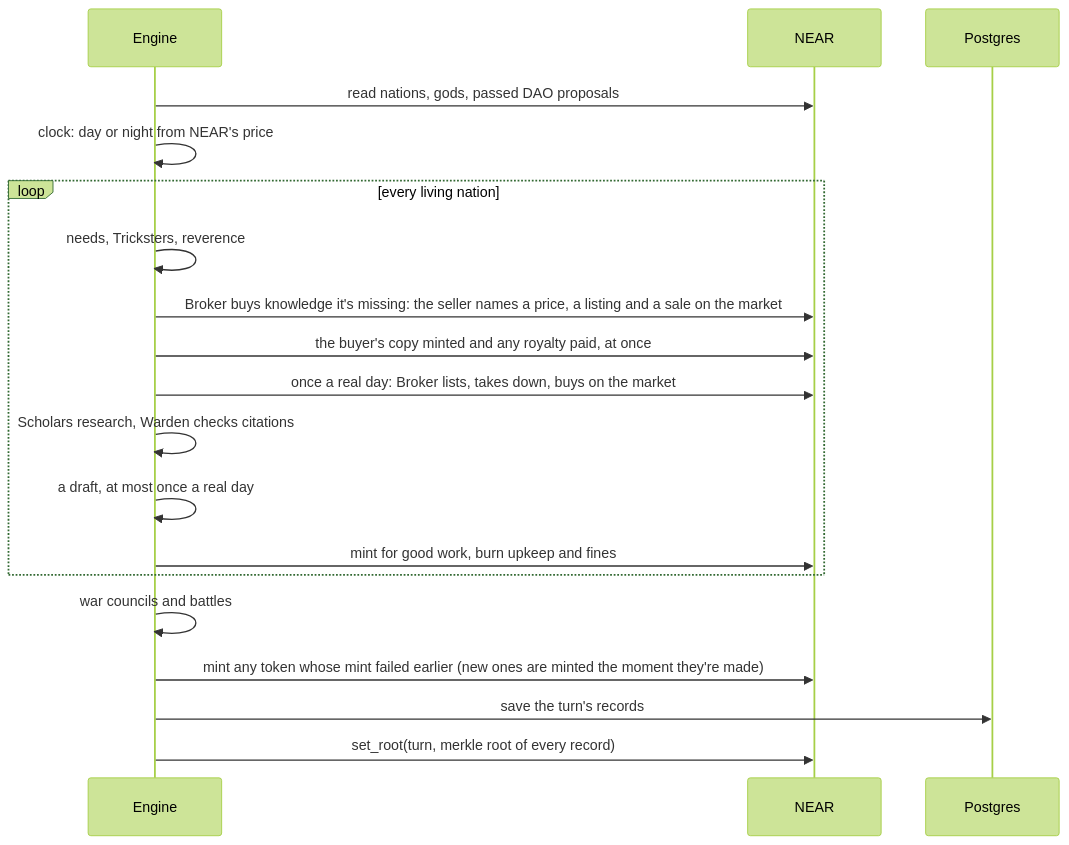
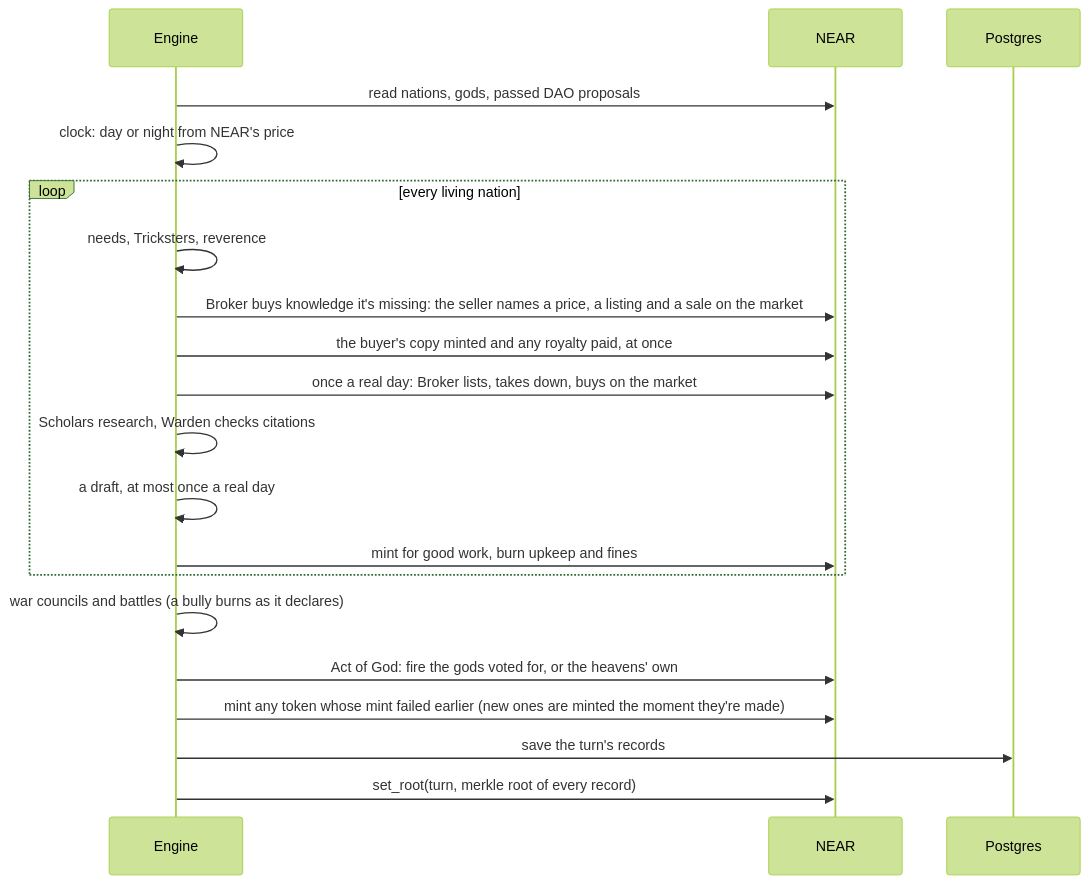
One commit to cnpierrepapi/adfontes changed the third of 3 diagrams in README.md. Above: the diagram before and after it, drawn with Mermaid (forest theme). The commit also changed other lines of this file and 3 other files, not shown here.

````diff
--- a/README.md
+++ b/README.md
@@ -207,21 +209,22 @@
 ```mermaid
 sequenceDiagram
   participant E as Engine
   participant N as NEAR
   participant DB as Postgres
   E->>N: read nations, gods, passed DAO proposals
   E->>E: clock: day or night from NEAR's price
   loop every living nation
     E->>E: needs, Tricksters, reverence
     E->>N: Broker buys knowledge it's missing: the seller names a price, a listing and a sale on the market
     E->>N: the buyer's copy minted and any royalty paid, at once
     E->>N: once a real day: Broker lists, takes down, buys on the market
     E->>E: Scholars research, Warden checks citations
     E->>E: a draft, at most once a real day
     E->>N: mint for good work, burn upkeep and fines
   end
-  E->>E: war councils and battles
+  E->>E: war councils and battles (a bully burns as it declares)
+  E->>N: Act of God: fire the gods voted for, or the heavens' own
   E->>N: mint any token whose mint failed earlier (new ones are minted the moment they're made)
   E->>DB: save the turn's records
   E->>N: set_root(turn, merkle root of every record)
 ```
````
